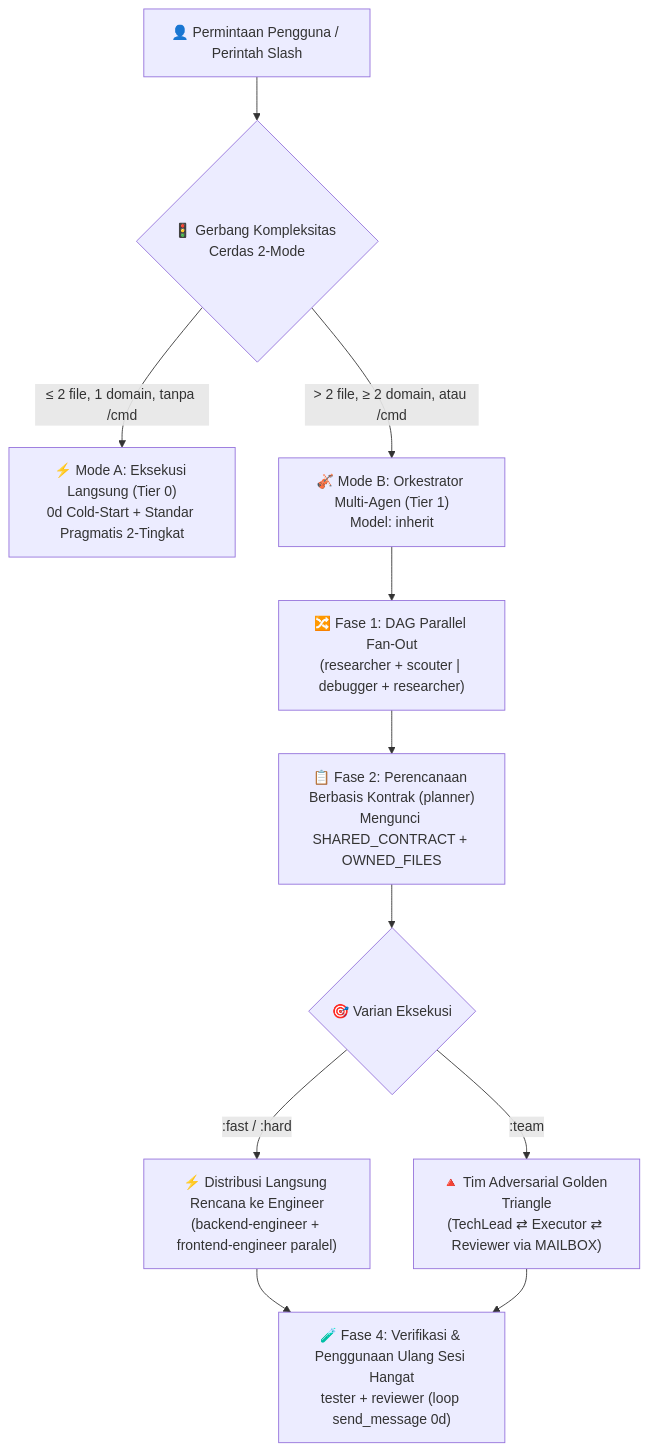
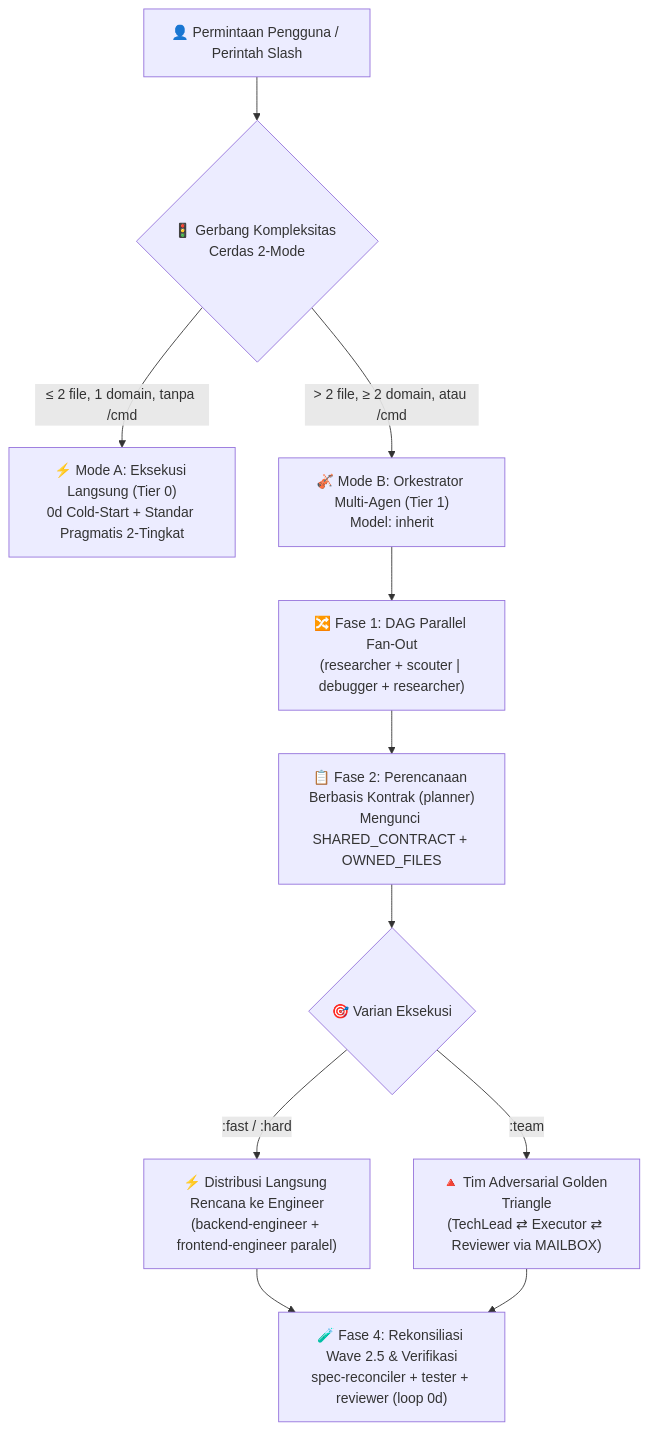
Before and after one commit to Kennyboom/BoomOpen-Workflow-Kit-Pro: the diagram in i18n/README.id.md, drawn with Mermaid. The commit also changed other lines of this file and 17 other files, not shown here.

````diff
--- a/i18n/README.id.md
+++ b/i18n/README.id.md
@@ -49,16 +49,16 @@
 ```mermaid
 flowchart TD
     User["👤 Permintaan Pengguna / Perintah Slash"] --> Gate{"🚦 Gerbang Kompleksitas Cerdas 2-Mode"}
     Gate -->|"≤ 2 file, 1 domain, tanpa /cmd"| ModeA["⚡ Mode A: Eksekusi Langsung (Tier 0)<br/>0d Cold-Start + Standar Pragmatis 2-Tingkat"]
     Gate -->|"> 2 file, ≥ 2 domain, atau /cmd"| ModeB["🎻 Mode B: Orkestrator Multi-Agen (Tier 1)<br/>Model: inherit"]
 
     ModeB --> FanOut["🔀 Fase 1: DAG Parallel Fan-Out<br/>(researcher + scouter | debugger + researcher)"]
     FanOut --> Plan["📋 Fase 2: Perencanaan Berbasis Kontrak (planner)<br/>Mengunci SHARED_CONTRACT + OWNED_FILES"]
     Plan --> Dispatch{"🎯 Varian Eksekusi"}
 
     Dispatch -->|":fast / :hard"| Direct["⚡ Distribusi Langsung Rencana ke Engineer<br/>(backend-engineer + frontend-engineer paralel)"]
     Dispatch -->|":team"| Triangle["🔺 Tim Adversarial Golden Triangle<br/>(TechLead ⇄ Executor ⇄ Reviewer via MAILBOX)"]
 
-    Direct --> Verify["🧪 Fase 4: Verifikasi & Penggunaan Ulang Sesi Hangat<br/>tester + reviewer (loop send_message 0d)"]
+    Direct --> Verify["🧪 Fase 4: Rekonsiliasi Wave 2.5 & Verifikasi<br/>spec-reconciler + tester + reviewer (loop 0d)"]
     Triangle --> Verify
 ```
````
